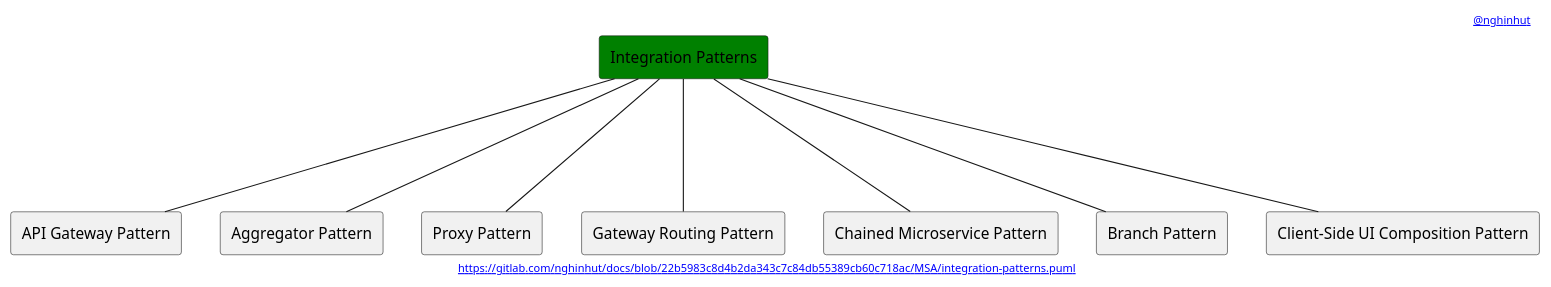
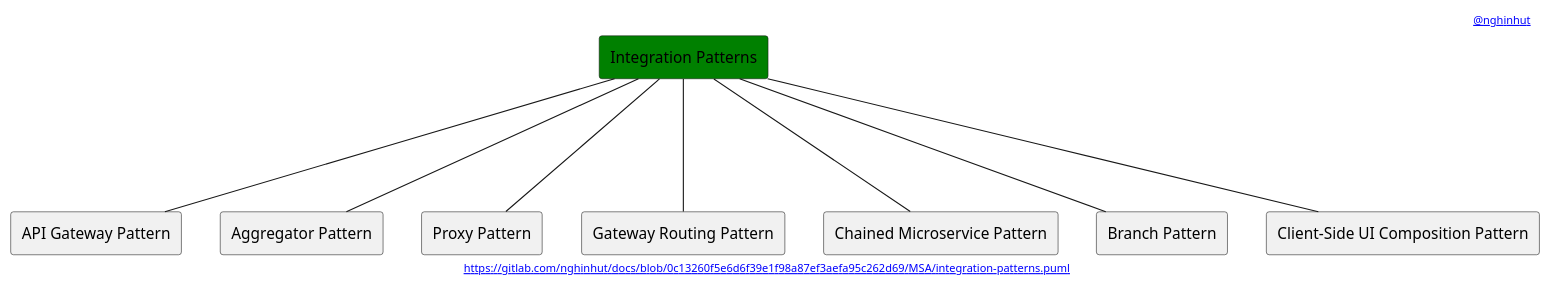
Before and after one commit to nghinhut/docs: the diagram in MSA/integration-patterns.puml, drawn with PlantUML. The commit also changed 47 other files, not shown here.

```diff
--- a/MSA/integration-patterns.puml
+++ b/MSA/integration-patterns.puml
@@ -1,24 +1,24 @@
 @startuml
 '-----START auto generated metadata please keep comment here to allow auto update-----
 '-----DON'T EDIT THIS SECTION, INSTEAD RE-RUN prebuild.sh TO UPDATE-----
-header [[https://www.nghinhut.dev?from=http%5C%3A%5C%2F%5C%2Fwww%5C.plantuml%5C.com%5C%2Fplantuml%5C%2Fproxy%3Ffmt%3Dsvg%5C%26src%3Dhttps%5C%3A%5C%2F%5C%2Fgitlab%5C.com%5C%2Fnghinhut%5C%2Fdocs%5C%2Fraw%5C%2F22b5983c8d4b2da343c7c84db55389cb60c718ac%5C%2FMSA%5C%2Fintegration-patterns%5C.puml%0A @nghinhut]]
-footer [[http://www.plantuml.com/plantuml/proxy?fmt=svg&src=https://gitlab.com/nghinhut/docs/raw/22b5983c8d4b2da343c7c84db55389cb60c718ac/MSA/integration-patterns.puml https://gitlab.com/nghinhut/docs/blob/22b5983c8d4b2da343c7c84db55389cb60c718ac/MSA/integration-patterns.puml]]
+header [[https://www.nghinhut.dev?from=http%5C%3A%5C%2F%5C%2Fwww%5C.plantuml%5C.com%5C%2Fplantuml%5C%2Fproxy%3Ffmt%3Dsvg%5C%26src%3Dhttps%5C%3A%5C%2F%5C%2Fgitlab%5C.com%5C%2Fnghinhut%5C%2Fdocs%5C%2Fraw%5C%2F0c13260f5e6d6f39e1f98a87ef3aefa95c262d69%5C%2FMSA%5C%2Fintegration-patterns%5C.puml%0A @nghinhut]]
+footer [[http://www.plantuml.com/plantuml/proxy?fmt=svg&src=https://gitlab.com/nghinhut/docs/raw/0c13260f5e6d6f39e1f98a87ef3aefa95c262d69/MSA/integration-patterns.puml https://gitlab.com/nghinhut/docs/blob/0c13260f5e6d6f39e1f98a87ef3aefa95c262d69/MSA/integration-patterns.puml]]
 '-----END auto generated metadata please keep comment here to allow auto update-----
 
 rectangle "Integration Patterns" as Integration #green
 
 rectangle "API Gateway Pattern" as IntegrationP1
 rectangle "Aggregator Pattern" as IntegrationP2
 rectangle "Proxy Pattern" as IntegrationP3
 rectangle "Gateway Routing Pattern" as IntegrationP4
 rectangle "Chained Microservice Pattern" as IntegrationP5
 rectangle "Branch Pattern" as IntegrationP6
 rectangle "Client-Side UI Composition Pattern" as IntegrationP7
 Integration --- IntegrationP1
 Integration --- IntegrationP2
 Integration --- IntegrationP3
 Integration --- IntegrationP4
 Integration --- IntegrationP5
 Integration --- IntegrationP6
 Integration --- IntegrationP7
 @enduml
```
